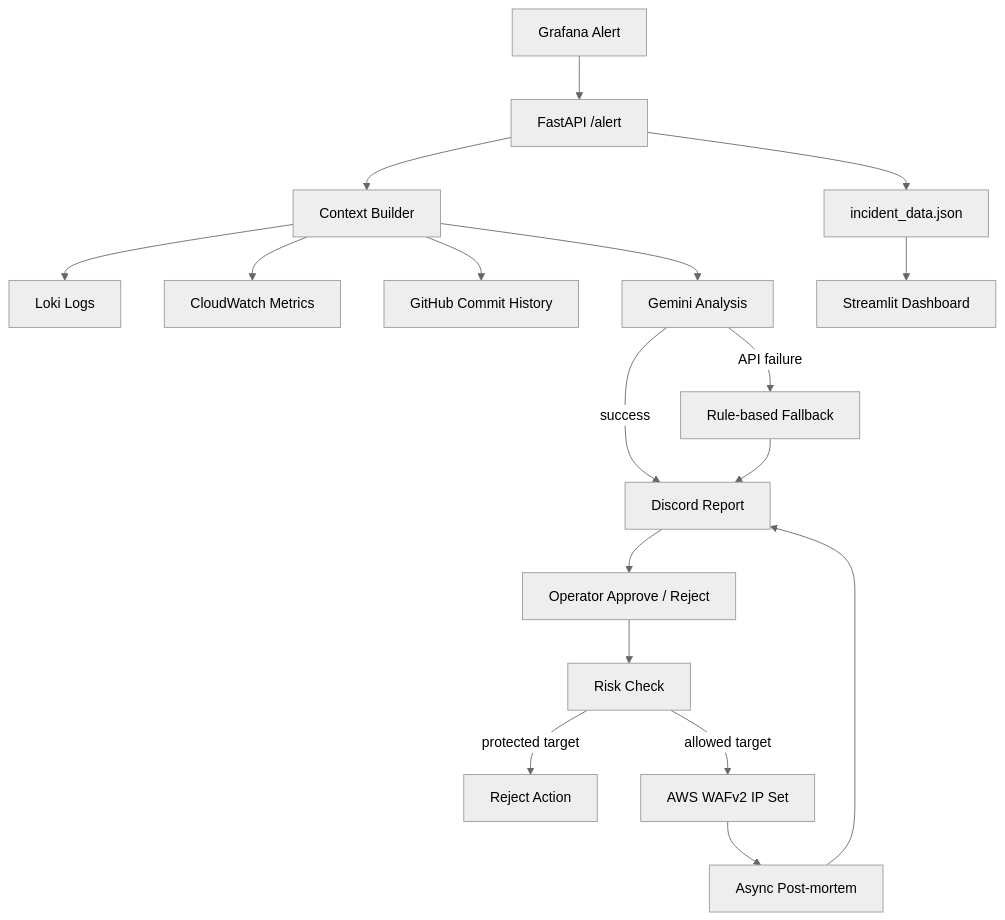
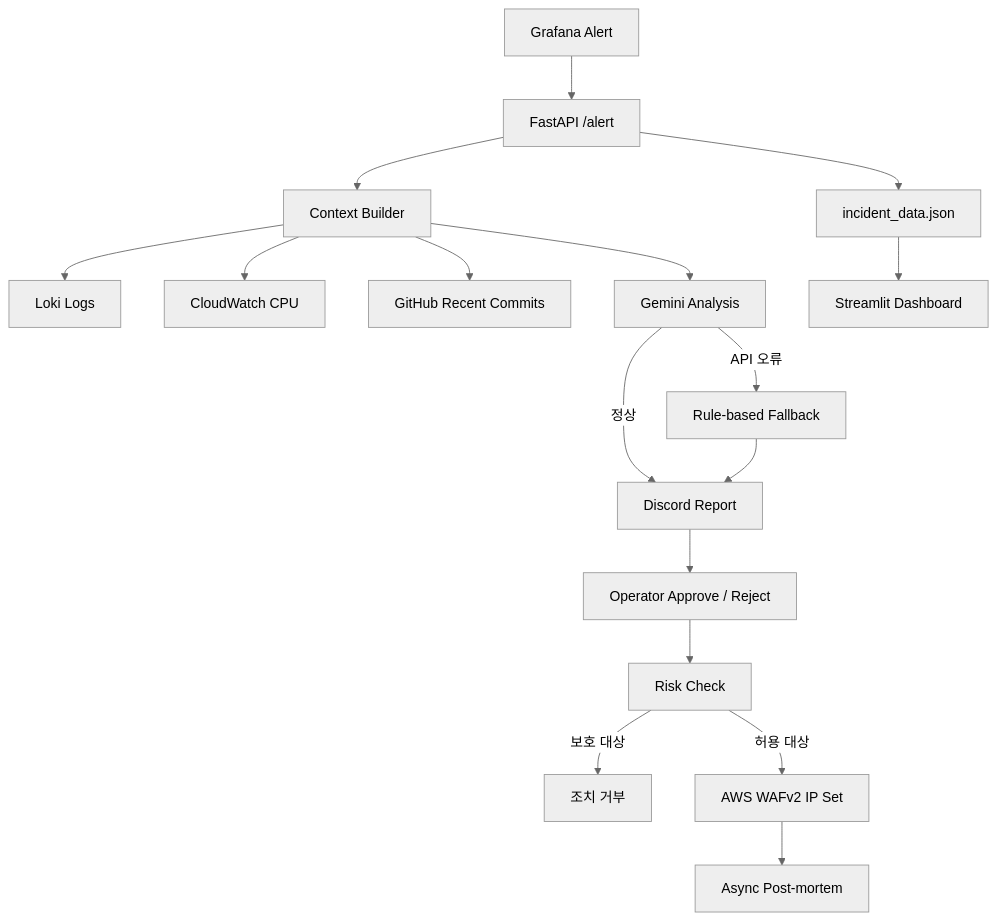
Before and after one commit to Hoit1210/Biforst: the diagram in README.md, drawn with Mermaid (neutral theme). The commit also changed other lines of this file, not shown here.

Commit message:
docs: rewrite README in Korean with verified architecture and limitations

````diff
--- a/README.md
+++ b/README.md
@@ -19,20 +15,19 @@
 ```mermaid
 flowchart TD
     A[Grafana Alert] --> B[FastAPI /alert]
     B --> C[Context Builder]
-    C --> C1[Loki Logs]
-    C --> C2[CloudWatch Metrics]
-    C --> C3[GitHub Commit History]
+    C --> L[Loki Logs]
+    C --> M[CloudWatch CPU]
+    C --> H[GitHub Recent Commits]
     C --> D[Gemini Analysis]
-    D -->|success| E[Discord Report]
-    D -->|API failure| F[Rule-based Fallback]
+    D -->|정상| E[Discord Report]
+    D -->|API 오류| F[Rule-based Fallback]
     F --> E
     E --> G[Operator Approve / Reject]
-    G --> H[Risk Check]
-    H -->|protected target| I[Reject Action]
-    H -->|allowed target| J[AWS WAFv2 IP Set]
-    J --> K[Async Post-mortem]
-    K --> E
-    B --> L[incident_data.json]
-    L --> M[Streamlit Dashboard]
+    G --> K[Risk Check]
+    K -->|보호 대상| X[조치 거부]
+    K -->|허용 대상| W[AWS WAFv2 IP Set]
+    W --> P[Async Post-mortem]
+    B --> J[incident_data.json]
+    J --> S[Streamlit Dashboard]
 ```
````
